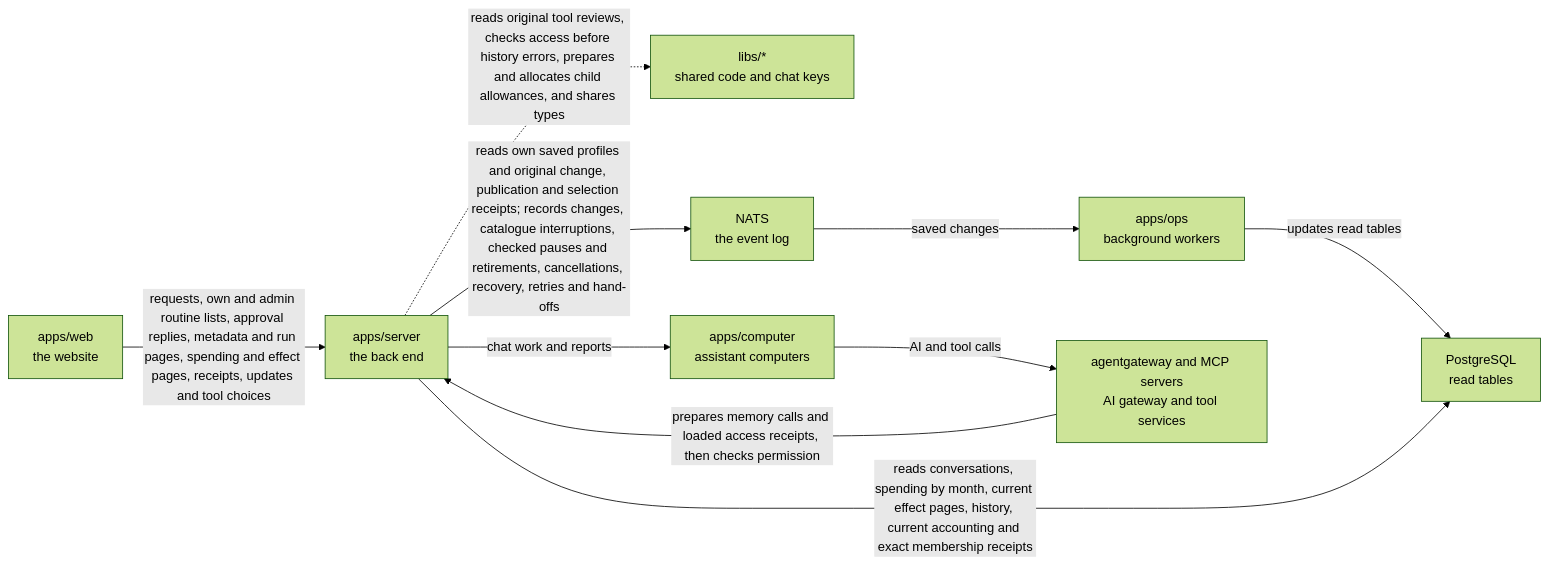
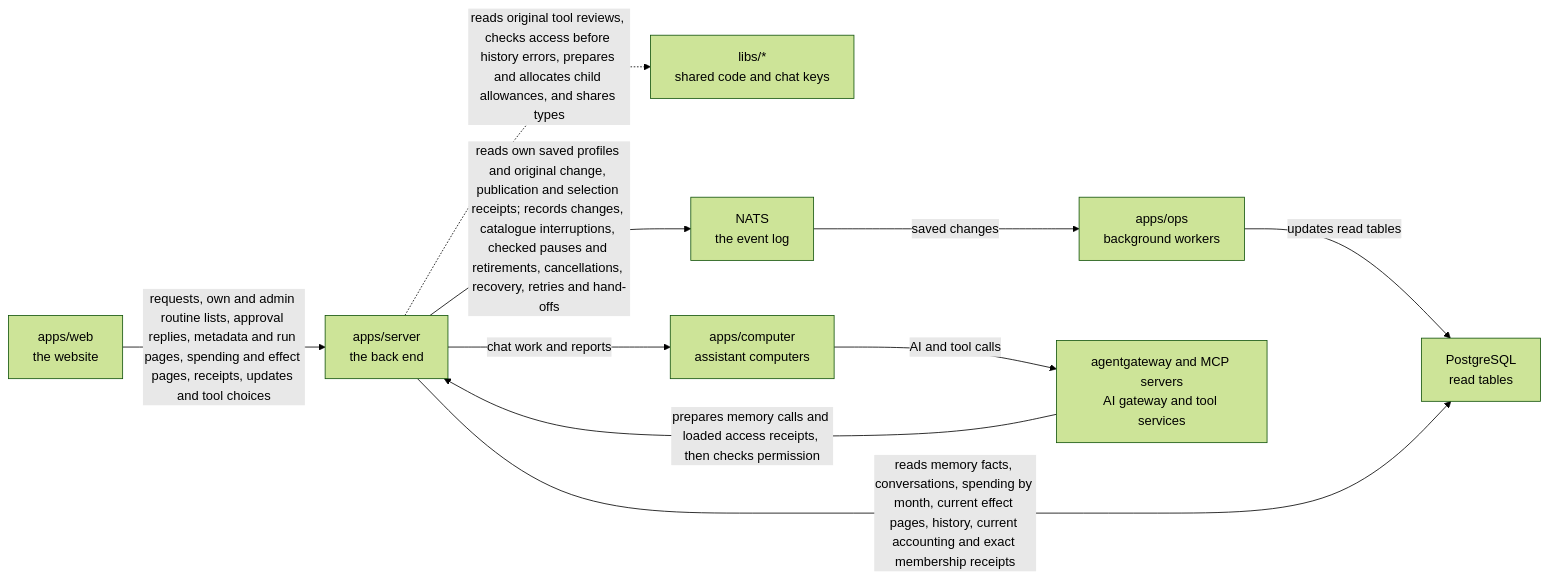
One commit to elewa-git/opencrane-new changed the diagram in apps/server/README.md. Above: the diagram before and after it, drawn with Mermaid (forest theme). The commit also changed other lines of this file and 4 other files, not shown here.

````diff
--- a/apps/server/README.md
+++ b/apps/server/README.md
@@ -60,12 +62,12 @@
 ```mermaid
 flowchart LR
   web["apps/web<br/>the website"] -->|requests, own and admin routine lists, approval replies, metadata and run pages, spending and effect pages, receipts, updates and tool choices| server["apps/server<br/>the back end"]
   server -.->|reads original tool reviews, checks access before history errors, prepares and allocates child allowances, and shares types| libs["libs/*<br/>shared code and chat keys"]
   server -->|reads own saved profiles and original change, publication and selection receipts; records changes, catalogue interruptions, checked pauses and retirements, cancellations, recovery, retries and hand-offs| nats["NATS<br/>the event log"]
   nats -->|saved changes| ops["apps/ops<br/>background workers"]
   ops -->|updates read tables| postgres["PostgreSQL<br/>read tables"]
-  server -->|reads conversations, spending by month, current effect pages, history, current accounting and exact membership receipts| postgres
+  server -->|reads memory facts, conversations, spending by month, current effect pages, history, current accounting and exact membership receipts| postgres
   server -->|chat work and reports| computer["apps/computer<br/>assistant computers"]
   computer -->|AI and tool calls| runtime["agentgateway and MCP servers<br/>AI gateway and tool services"]
   runtime -->|prepares memory calls and loaded access receipts, then checks permission| server
 ```
````
